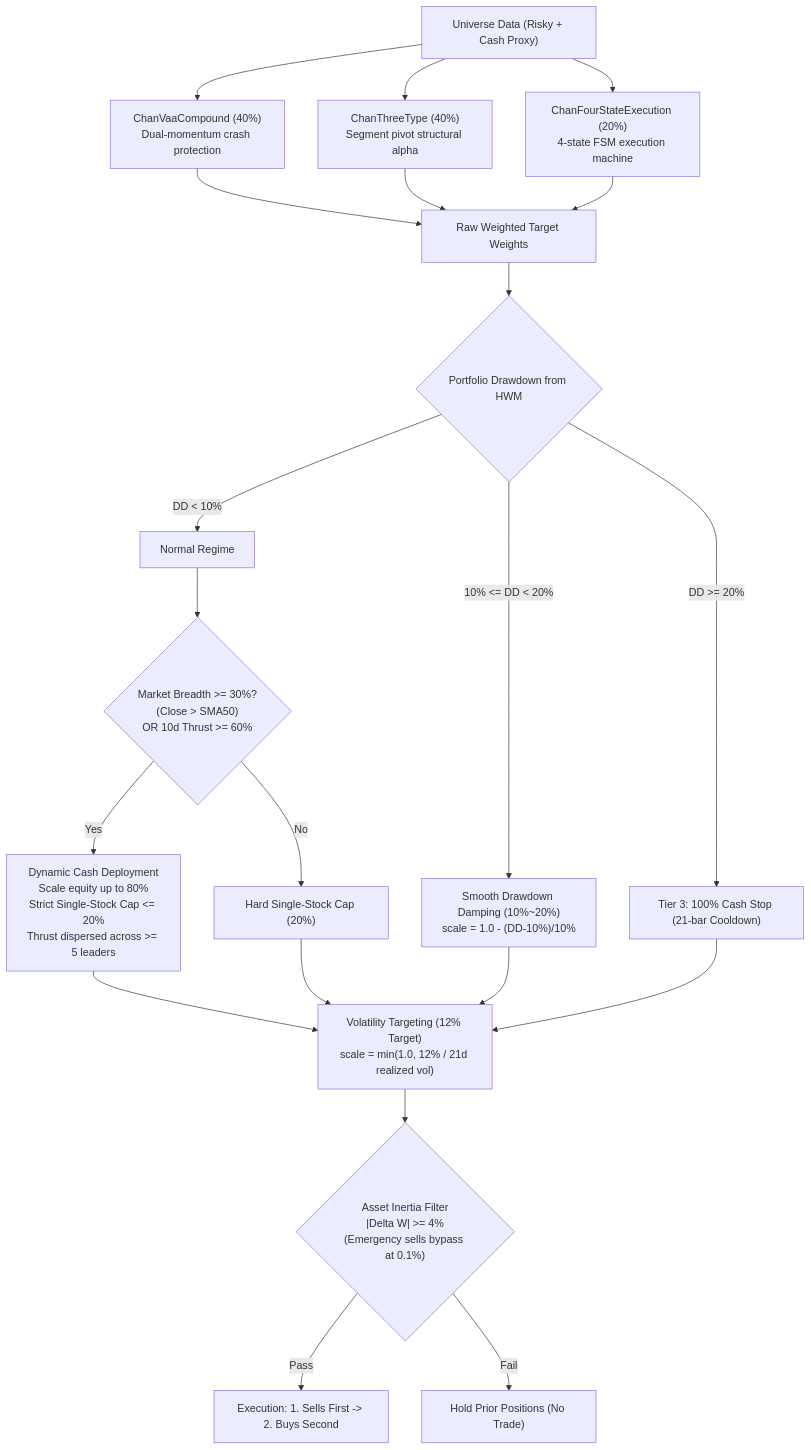
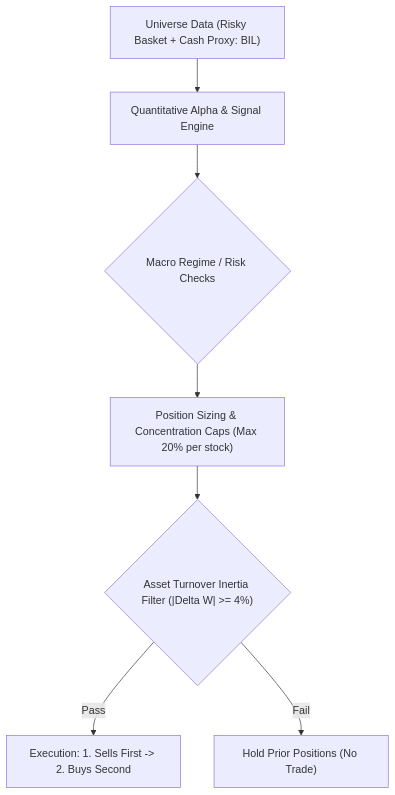
One commit to stonewell/quant_research changed the first of 2 diagrams in docs/ruleset/chan_four_state_blend/rules.md. Above: the diagram before and after it, drawn with Mermaid. The commit also changed other lines of this file and 15 other files, not shown here.

````diff
--- a/docs/ruleset/chan_four_state_blend/rules.md
+++ b/docs/ruleset/chan_four_state_blend/rules.md
@@ -23,23 +17,9 @@
 ```mermaid
 flowchart TD
-    Universe["Universe Data (Risky + Cash Proxy)"] --> Sub1["ChanVaaCompound (40%)<br>Dual-momentum crash protection"]
-    Universe --> Sub2["ChanThreeType (40%)<br>Segment pivot structural alpha"]
-    Universe --> Sub3["ChanFourStateExecution (20%)<br>4-state FSM execution machine"]
-    
-    Sub1 & Sub2 & Sub3 --> Blend["Raw Weighted Target Weights"]
-    
-    Blend --> DDCheck{"Portfolio Drawdown from HWM"}
-    
-    DDCheck -- "DD < 10%" --> NormalMode["Normal Regime"]
-    DDCheck -- "10% <= DD < 20%" --> SmoothDD["Smooth Drawdown Damping (10%~20%)<br>scale = 1.0 - (DD-10%)/10%"]
-    DDCheck -- "DD >= 20%" --> Tier3["Tier 3: 100% Cash Stop (21-bar Cooldown)"]
-    
-    NormalMode --> BreadthCheck{"Market Breadth >= 30%?<br>(Close > SMA50)<br>OR 10d Thrust >= 60%"}
-    BreadthCheck -- Yes --> DynamicCash["Dynamic Cash Deployment<br>Scale equity up to 80%<br>Strict Single-Stock Cap <= 20%<br>Thrust dispersed across >= 5 leaders"]
-    BreadthCheck -- No --> BaseCap["Hard Single-Stock Cap (20%)"]
-    
-    DynamicCash & BaseCap & SmoothDD & Tier3 --> VolTarget["Volatility Targeting (12% Target)<br>scale = min(1.0, 12% / 21d realized vol)"]
-    VolTarget --> InertiaFilter{"Asset Inertia Filter<br>|Delta W| >= 4%<br>(Emergency sells bypass at 0.1%)"}
-    InertiaFilter -- "Pass" --> OrderExec["Execution: 1. Sells First -> 2. Buys Second"]
-    InertiaFilter -- "Fail" --> HoldPrior["Hold Prior Positions (No Trade)"]
+    Universe["Universe Data (Risky Basket + Cash Proxy: BIL)"] --> AlphaEngine["Quantitative Alpha & Signal Engine"]
+    AlphaEngine --> RegimeCheck{"Macro Regime / Risk Checks"}
+    RegimeCheck --> Sizing["Position Sizing & Concentration Caps (Max 20% per stock)"]
+    Sizing --> FrictionFilter{"Asset Turnover Inertia Filter (|Delta W| >= 4%)"}
+    FrictionFilter -- "Pass" --> OrderExec["Execution: 1. Sells First -> 2. Buys Second"]
+    FrictionFilter -- "Fail" --> HoldPrior["Hold Prior Positions (No Trade)"]
 ```
````
